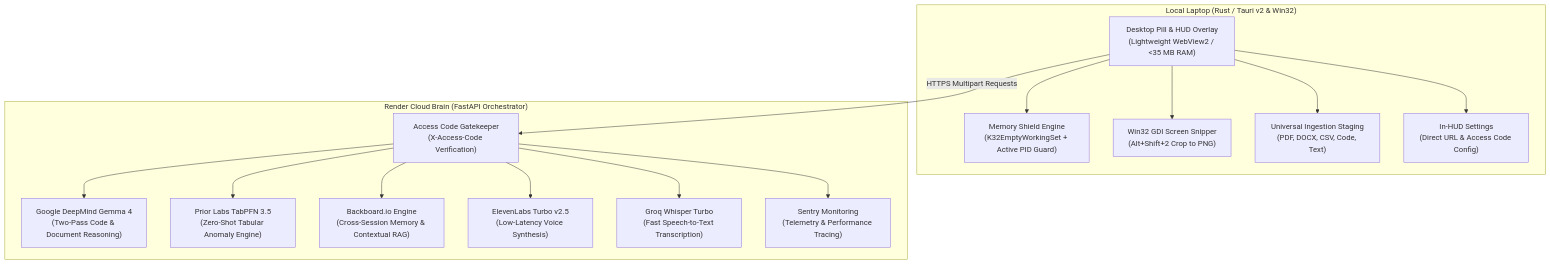
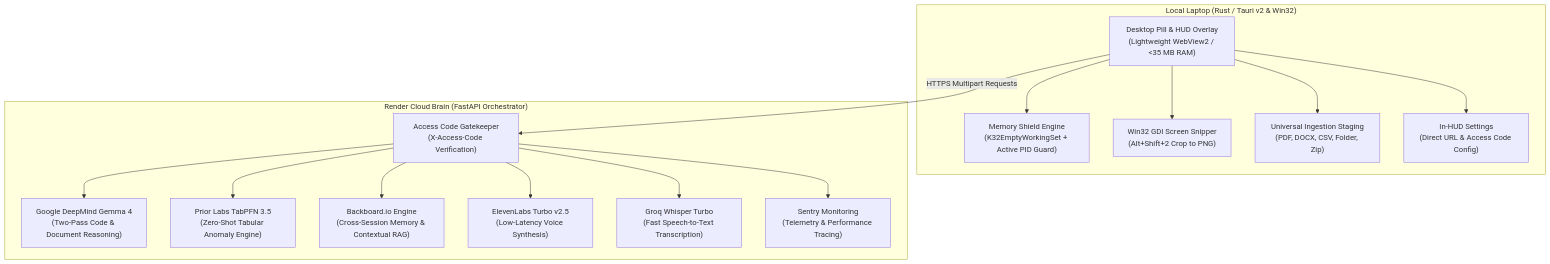
Before and after one commit to IshekKhal/potatoclaw: the diagram in README.md, drawn with Mermaid. The commit also changed other lines of this file and 5 other files, not shown here.

````diff
--- a/README.md
+++ b/README.md
@@ -20,33 +22,33 @@
 ```mermaid
 graph TD
     subgraph Local["Local Laptop (Rust / Tauri v2 & Win32)"]
         UI["Desktop Pill & HUD Overlay<br/>(Lightweight WebView2 / <35 MB RAM)"]
         Shield["Memory Shield Engine<br/>(K32EmptyWorkingSet + Active PID Guard)"]
         GDI["Win32 GDI Screen Snipper<br/>(Alt+Shift+2 Crop to PNG)"]
-        Drop["Universal Ingestion Staging<br/>(PDF, DOCX, CSV, Code, Text)"]
+        Drop["Universal Ingestion Staging<br/>(PDF, DOCX, CSV, Folder, Zip)"]
         Settings["In-HUD Settings<br/>(Direct URL & Access Code Config)"]
     end
 
     subgraph Cloud["Render Cloud Brain (FastAPI Orchestrator)"]
         Gate["Access Code Gatekeeper<br/>(X-Access-Code Verification)"]
         Gemma["Google DeepMind Gemma 4<br/>(Two-Pass Code & Document Reasoning)"]
         TabPFN["Prior Labs TabPFN 3.5<br/>(Zero-Shot Tabular Anomaly Engine)"]
         Backboard["Backboard.io Engine<br/>(Cross-Session Memory & Contextual RAG)"]
         Eleven["ElevenLabs Turbo v2.5<br/>(Low-Latency Voice Synthesis)"]
         Groq["Groq Whisper Turbo<br/>(Fast Speech-to-Text Transcription)"]
         Sentry["Sentry Monitoring<br/>(Telemetry & Performance Tracing)"]
     end
 
     UI --> Shield
     UI --> GDI
     UI --> Drop
     UI --> Settings
 
     UI -- "HTTPS Multipart Requests" --> Gate
     Gate --> Gemma
     Gate --> TabPFN
     Gate --> Backboard
     Gate --> Eleven
     Gate --> Groq
     Gate --> Sentry
 ```
````
